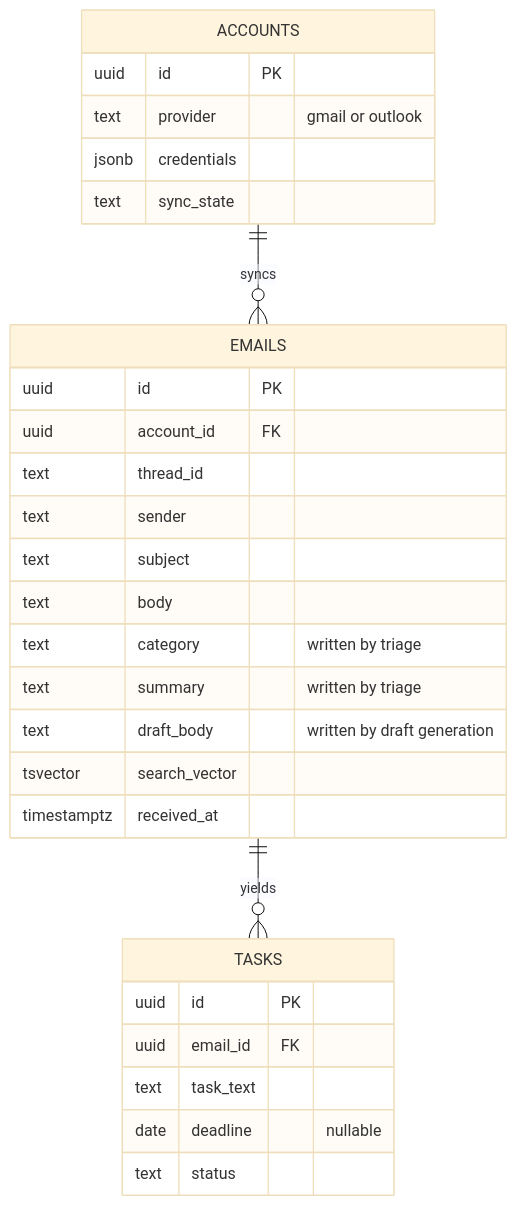
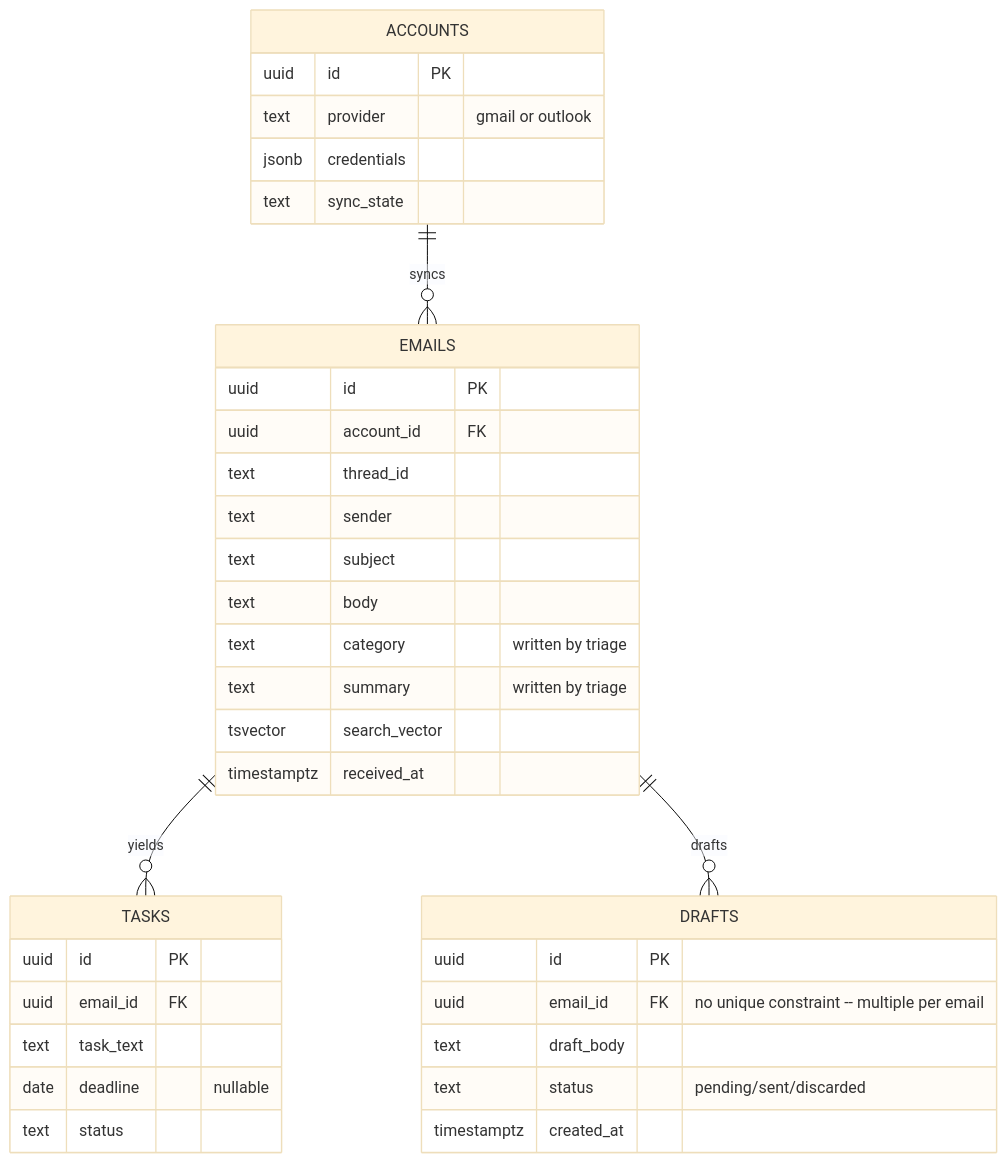
One commit to yomal321/smart-email-assistant changed the diagram in architect/04-data-model.md. Above: the diagram before and after it, drawn with Mermaid (base theme). The commit also changed other lines of this file, not shown here.

Commit message:
specclaw(006-draft-generation): T2 — Update architect/04-data-model.md to reflect the drafts table decision

````diff
--- a/architect/04-data-model.md
+++ b/architect/04-data-model.md
@@ -7,32 +7,39 @@
 ```mermaid
 erDiagram
     ACCOUNTS ||--o{ EMAILS : syncs
     EMAILS   ||--o{ TASKS  : yields
+    EMAILS   ||--o{ DRAFTS : drafts
 
     ACCOUNTS {
         uuid id PK
         text provider "gmail or outlook"
         jsonb credentials
         text sync_state
     }
     EMAILS {
         uuid id PK
         uuid account_id FK
         text thread_id
         text sender
         text subject
         text body
         text category "written by triage"
         text summary "written by triage"
-        text draft_body "written by draft generation"
         tsvector search_vector
         timestamptz received_at
     }
     TASKS {
         uuid id PK
         uuid email_id FK
         text task_text
         date deadline "nullable"
         text status
     }
+    DRAFTS {
+        uuid id PK
+        uuid email_id FK "no unique constraint -- multiple per email"
+        text draft_body
+        text status "pending/sent/discarded"
+        timestamptz created_at
+    }
 ```
````
